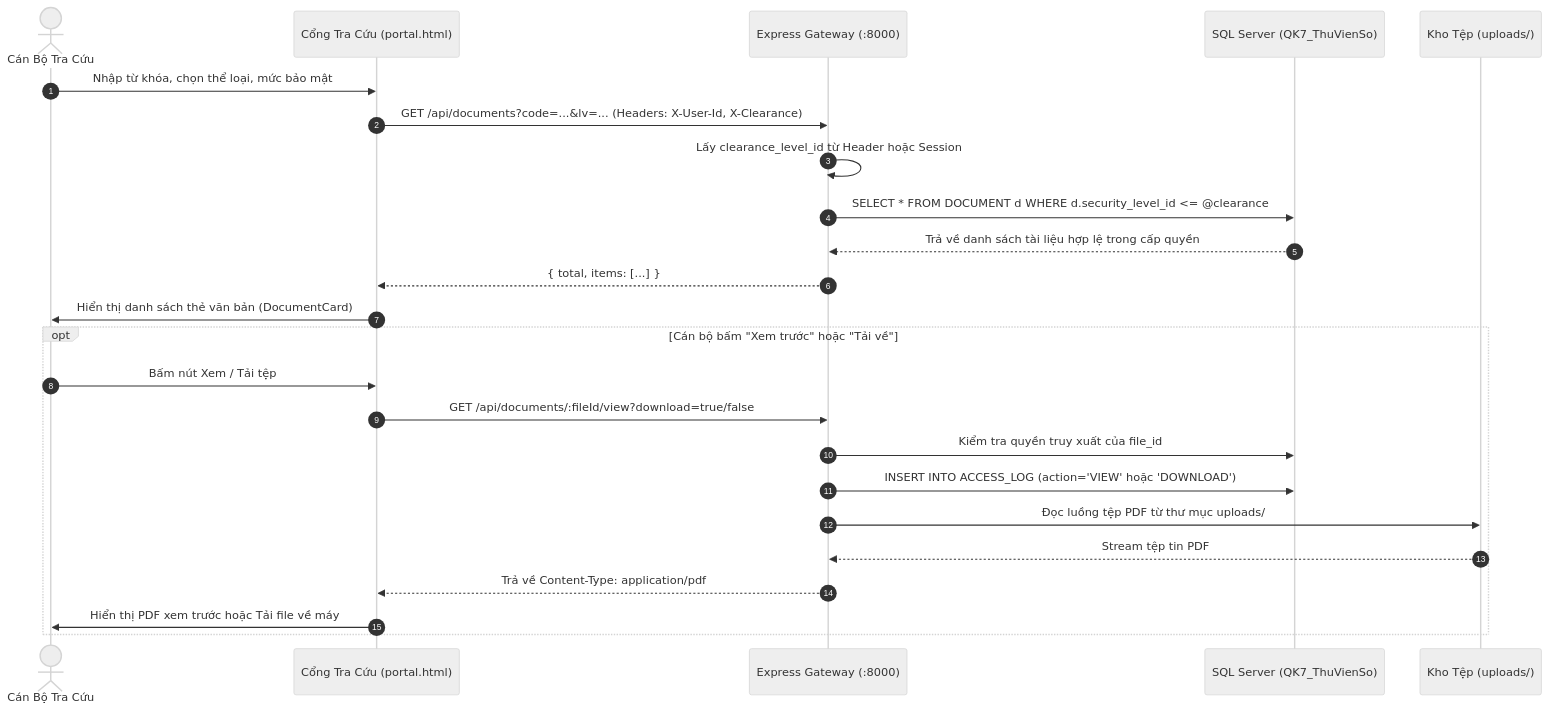
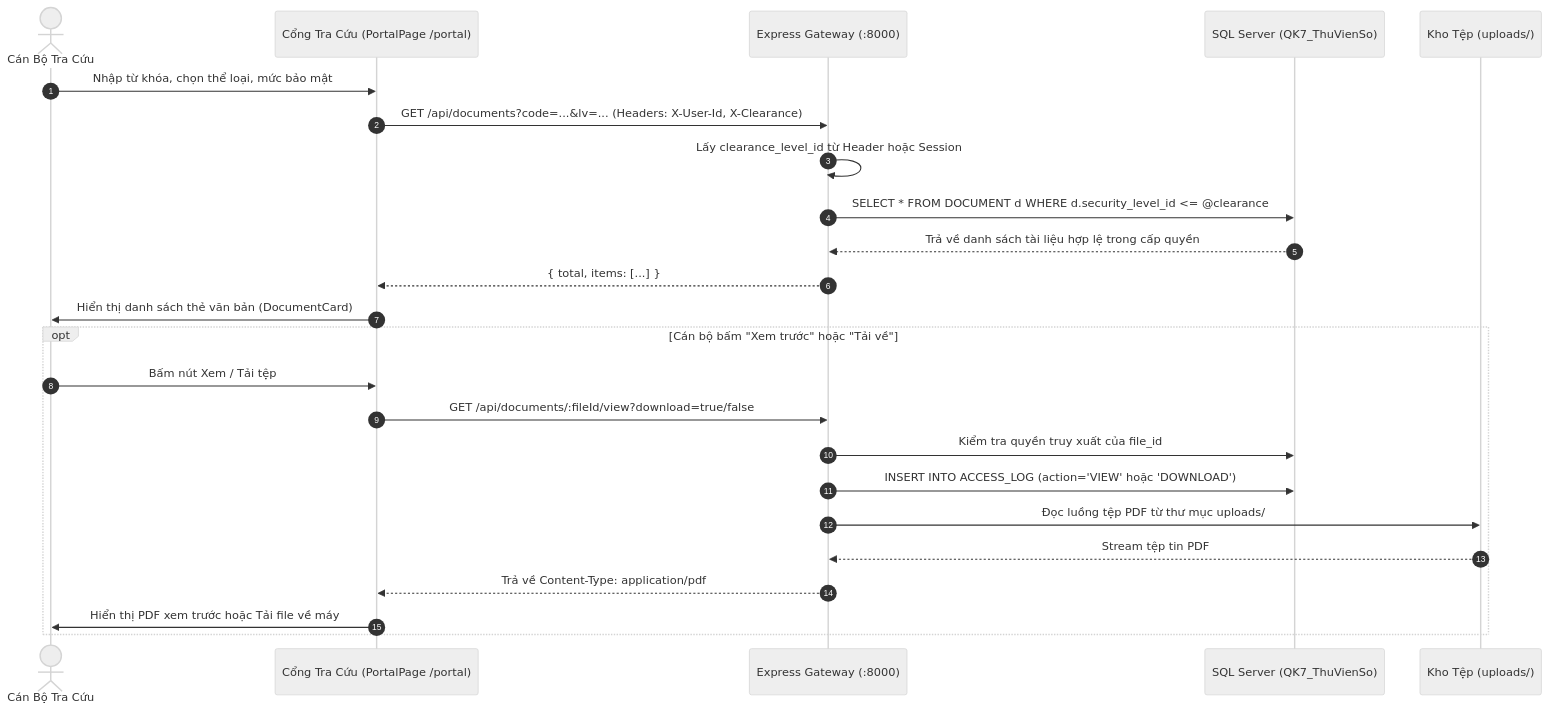
Before and after one commit to NguyenHaiAnh08/qk7-datahub: the fourth of 5 diagrams in SYSTEM_ARCHITECTURE.md, drawn with Mermaid (neutral theme). The commit also changed other lines of this file and 20 other files, not shown here.

````diff
--- a/SYSTEM_ARCHITECTURE.md
+++ b/SYSTEM_ARCHITECTURE.md
@@ -368,28 +378,28 @@
 ```mermaid
 sequenceDiagram
     autonumber
     actor User as Cán Bộ Tra Cứu
-    participant Portal as Cổng Tra Cứu (portal.html)
+    participant Portal as Cổng Tra Cứu (PortalPage /portal)
     participant Server as Express Gateway (:8000)
     participant DB as SQL Server (QK7_ThuVienSo)
     participant Disk as Kho Tệp (uploads/)
 
     User->>Portal: Nhập từ khóa, chọn thể loại, mức bảo mật
     Portal->>Server: GET /api/documents?code=...&lv=... (Headers: X-User-Id, X-Clearance)
     Server->>Server: Lấy clearance_level_id từ Header hoặc Session
     Server->>DB: SELECT * FROM DOCUMENT d WHERE d.security_level_id <= @clearance
     DB-->>Server: Trả về danh sách tài liệu hợp lệ trong cấp quyền
     Server-->>Portal: { total, items: [...] }
     Portal->>User: Hiển thị danh sách thẻ văn bản (DocumentCard)
     
     opt Cán bộ bấm "Xem trước" hoặc "Tải về"
         User->>Portal: Bấm nút Xem / Tải tệp
         Portal->>Server: GET /api/documents/:fileId/view?download=true/false
         Server->>DB: Kiểm tra quyền truy xuất của file_id
         Server->>DB: INSERT INTO ACCESS_LOG (action='VIEW' hoặc 'DOWNLOAD')
         Server->>Disk: Đọc luồng tệp PDF từ thư mục uploads/
         Disk-->>Server: Stream tệp tin PDF
         Server-->>Portal: Trả về Content-Type: application/pdf
         Portal->>User: Hiển thị PDF xem trước hoặc Tải file về máy
     end
 ```
````
